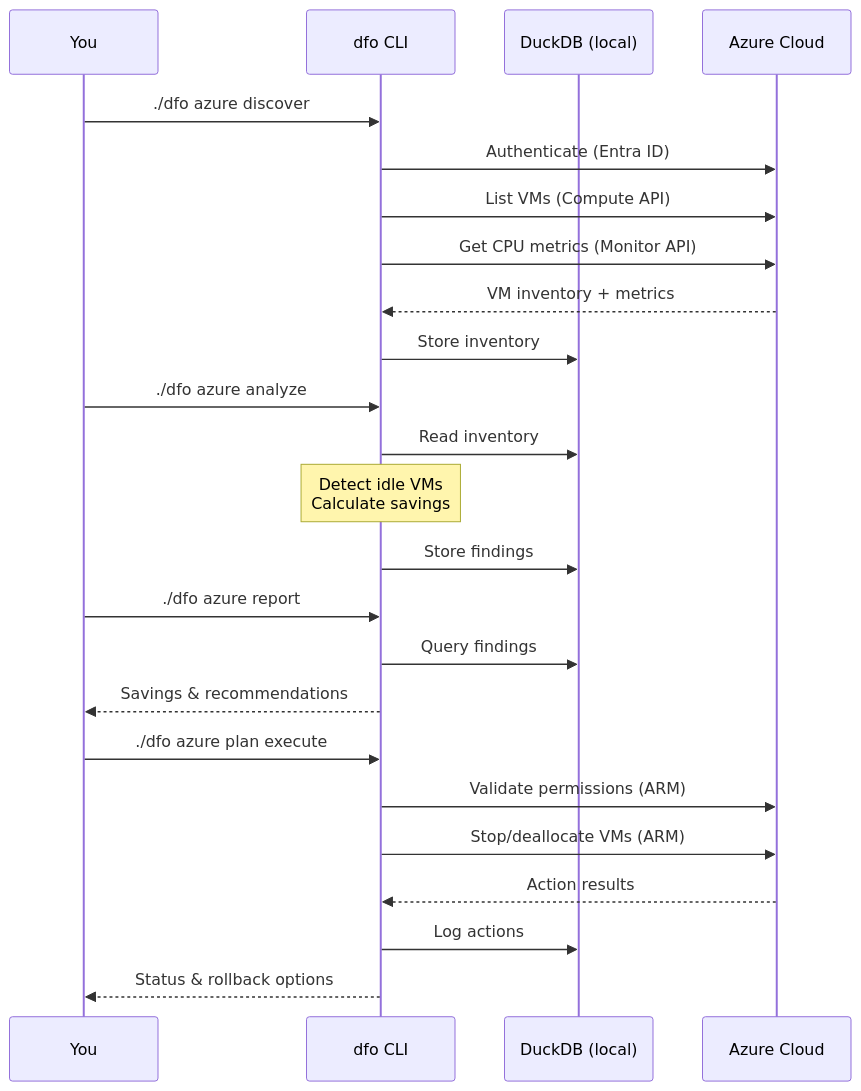
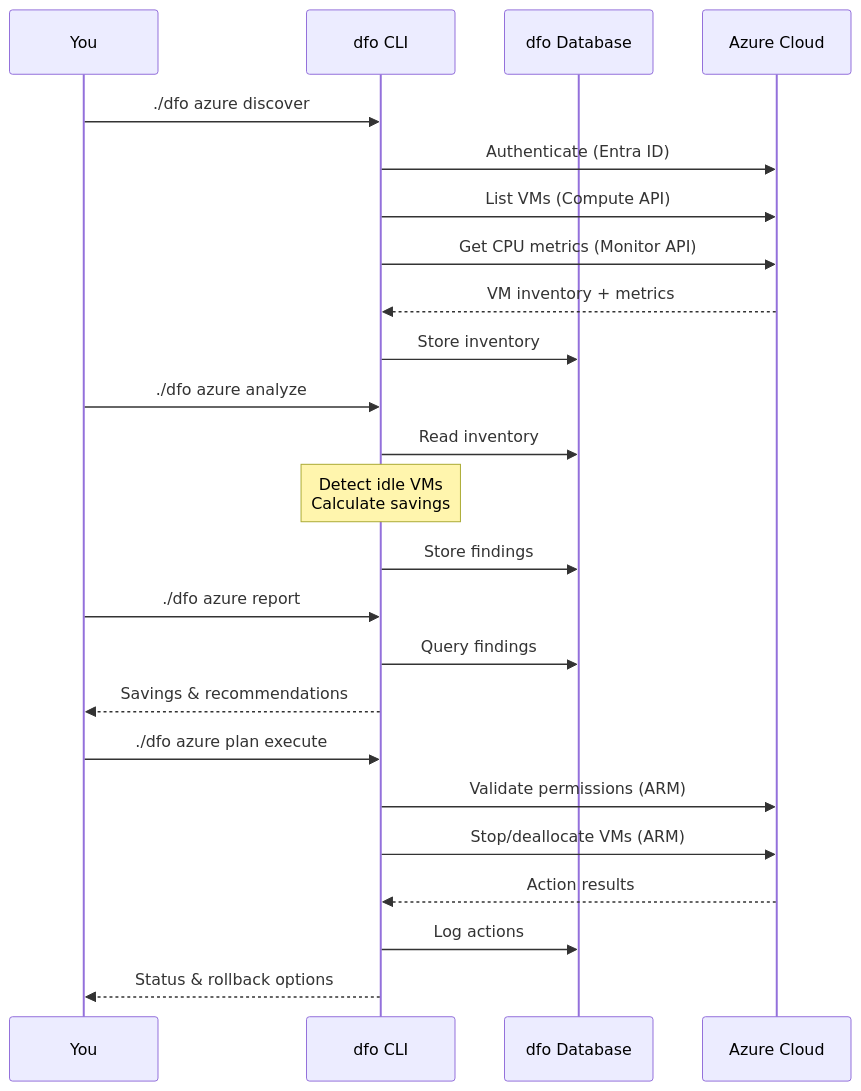
One commit to vedanta/dfo changed the diagram in README.md. Above: the diagram before and after it, drawn with Mermaid.

Commit message:
docs: Rename DuckDB to dfo Database in diagram
🤖 Generated with [Claude Code](https://claude.com/claude-code)

````diff
--- a/README.md
+++ b/README.md
@@ -24,30 +24,30 @@
 ```mermaid
 sequenceDiagram
     participant You
     participant dfo as dfo CLI
-    participant DB as DuckDB (local)
+    participant DB as dfo Database
     participant Azure as Azure Cloud
 
     You->>dfo: ./dfo azure discover
     dfo->>Azure: Authenticate (Entra ID)
     dfo->>Azure: List VMs (Compute API)
     dfo->>Azure: Get CPU metrics (Monitor API)
     Azure-->>dfo: VM inventory + metrics
     dfo->>DB: Store inventory
 
     You->>dfo: ./dfo azure analyze
     dfo->>DB: Read inventory
     Note over dfo: Detect idle VMs<br/>Calculate savings
     dfo->>DB: Store findings
 
     You->>dfo: ./dfo azure report
     dfo->>DB: Query findings
     dfo-->>You: Savings & recommendations
 
     You->>dfo: ./dfo azure plan execute
     dfo->>Azure: Validate permissions (ARM)
     dfo->>Azure: Stop/deallocate VMs (ARM)
     Azure-->>dfo: Action results
     dfo->>DB: Log actions
     dfo-->>You: Status & rollback options
 ```
````
